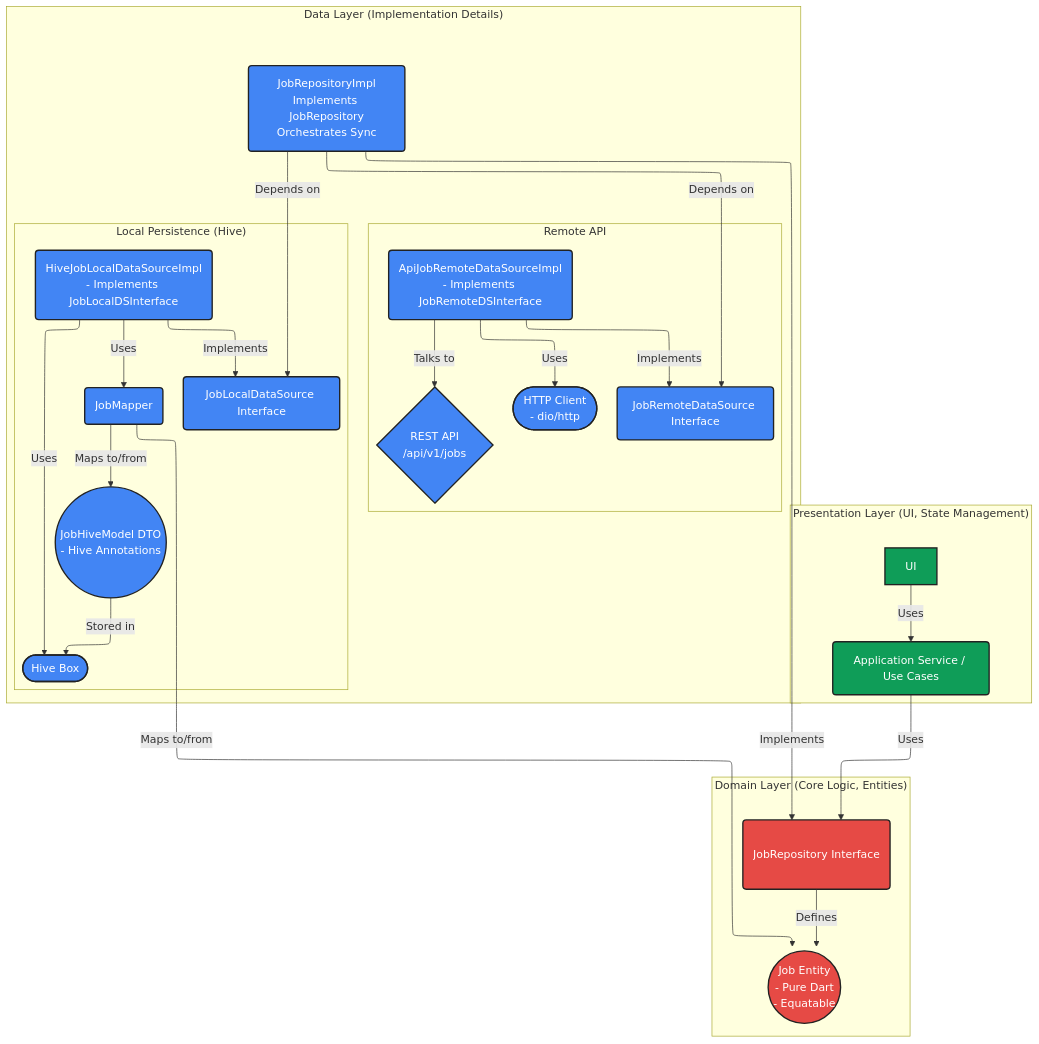
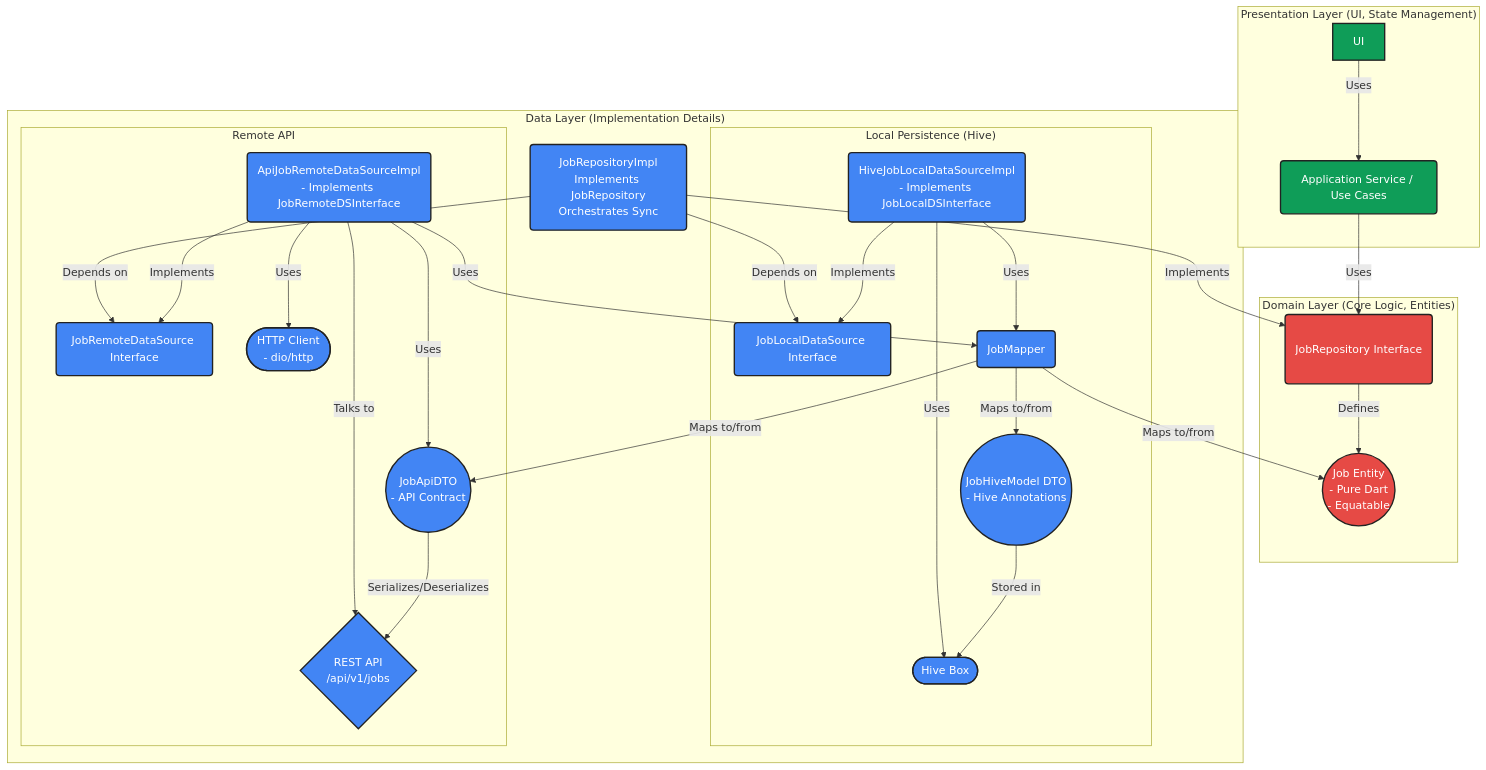
Before and after one commit to MediScribe/docjet-mobile: the first of 2 diagrams in docs/fresh-start/job_dataflow.md, drawn with Mermaid. The commit also changed other lines of this file, not shown here.

First line of the commit message:
Enhance job data flow documentation with proper DTO architecture

````diff
--- a/docs/fresh-start/job_dataflow.md
+++ b/docs/fresh-start/job_dataflow.md
@@ -9,46 +9,48 @@
 ```mermaid
-%%{init: {'flowchart': {'defaultRenderer': 'elk'}}}%%
 graph TD
     subgraph "Presentation Layer (UI, State Management)"
         UI --> |Uses| AppService(Application Service / Use Cases)
         
     end
 
     subgraph "Domain Layer (Core Logic, Entities)"
         AppService -->|Uses| JobRepositoryInterface(JobRepository Interface)
         JobEntity((Job Entity<br>- Pure Dart<br>- Equatable))
         JobRepositoryInterface -- Defines --> JobEntity
     end
 
     subgraph "Data Layer (Implementation Details)"
         JobRepositoryImpl(JobRepositoryImpl<br>Implements JobRepository<br>Orchestrates Sync) -->|Implements| JobRepositoryInterface
         JobRepositoryImpl -->|Depends on| JobLocalDSInterface(JobLocalDataSource Interface)
         JobRepositoryImpl -->|Depends on| JobRemoteDSInterface(JobRemoteDataSource Interface)
 
         subgraph "Local Persistence (Hive)"
             HiveJobLocalDS(HiveJobLocalDataSourceImpl<br>- Implements JobLocalDSInterface) -->|Implements| JobLocalDSInterface
             HiveJobLocalDS -->|Uses| JobMapper(JobMapper)
             HiveJobLocalDS -->|Uses| HiveBox([Hive Box])
             JobMapper -->|Maps to/from| JobHiveModel((JobHiveModel DTO<br>- Hive Annotations))
             JobMapper -->|Maps to/from| JobEntity
             JobHiveModel -- Stored in --> HiveBox
         end
 
         subgraph "Remote API"
             ApiJobRemoteDS(ApiJobRemoteDataSourceImpl<br>- Implements JobRemoteDSInterface) -->|Implements| JobRemoteDSInterface
             ApiJobRemoteDS -->|Uses| HttpClient([HTTP Client<br>- dio/http])
+            ApiJobRemoteDS -->|Uses| JobMapper
+            ApiJobRemoteDS -->|Uses| JobApiDTO((JobApiDTO<br>- API Contract))
+            JobMapper -->|Maps to/from| JobApiDTO
             ApiJobRemoteDS -->|Talks to| RestAPI{REST API<br>/api/v1/jobs}
-            %% ApiJobRemoteDS -->|Maps JSON to/from| JobEntity %% Potentially needs ApiDTO later
+            JobApiDTO -->|Serializes/Deserializes| RestAPI
         end
     end
 
     %% Styling for clarity with improved contrast
     classDef invisible fill:none,stroke:none;
     classDef domain fill:#E64A45,stroke:#222,stroke-width:2px,color:#fff,padding:15px;
     classDef data fill:#4285F4,stroke:#222,stroke-width:2px,color:#fff;
     classDef presentation fill:#0F9D58,stroke:#222,stroke-width:2px,color:#fff;
 
     class JobEntity,JobRepositoryInterface domain;
-    class JobRepositoryImpl,JobLocalDSInterface,JobRemoteDSInterface,HiveJobLocalDS,ApiJobRemoteDS,JobMapper,JobHiveModel,HiveBox,HttpClient,RestAPI data;
+    class JobRepositoryImpl,JobLocalDSInterface,JobRemoteDSInterface,HiveJobLocalDS,ApiJobRemoteDS,JobMapper,JobHiveModel,JobApiDTO,HiveBox,HttpClient,RestAPI data;
     class UI,AppService presentation;
 ```
````
